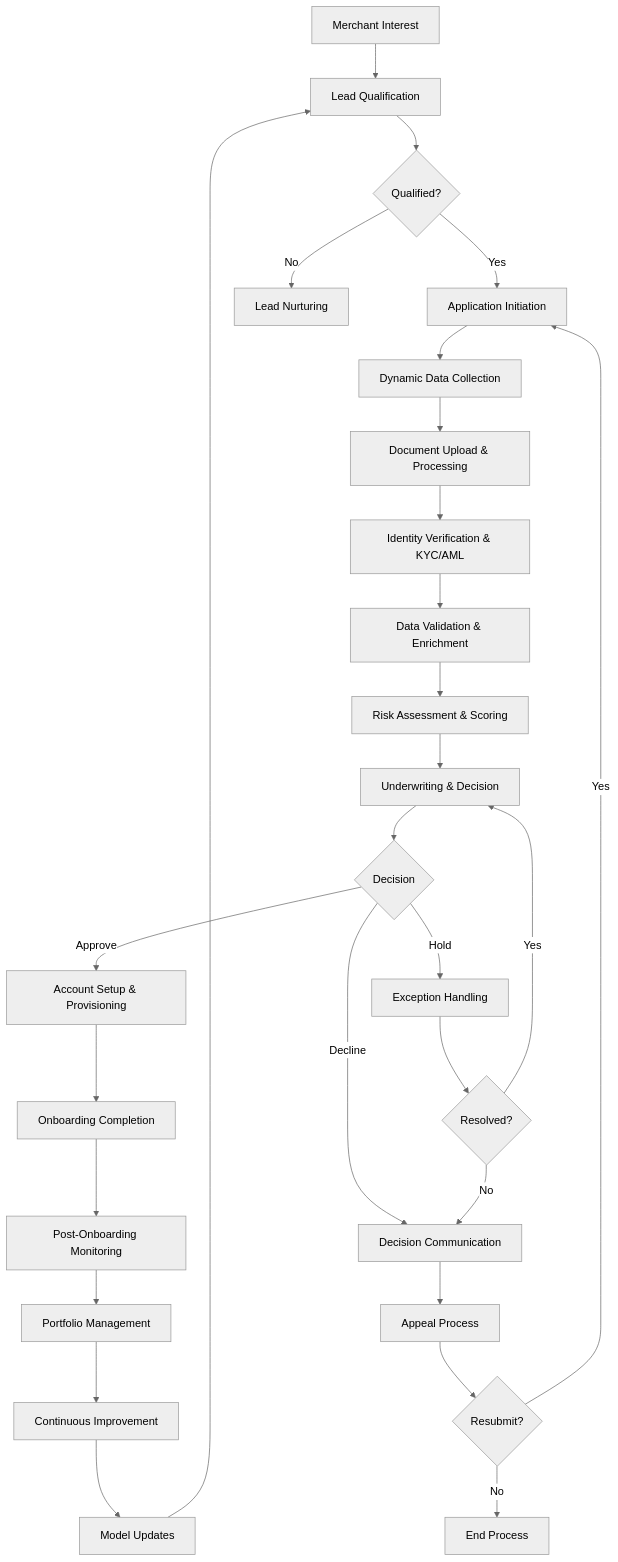
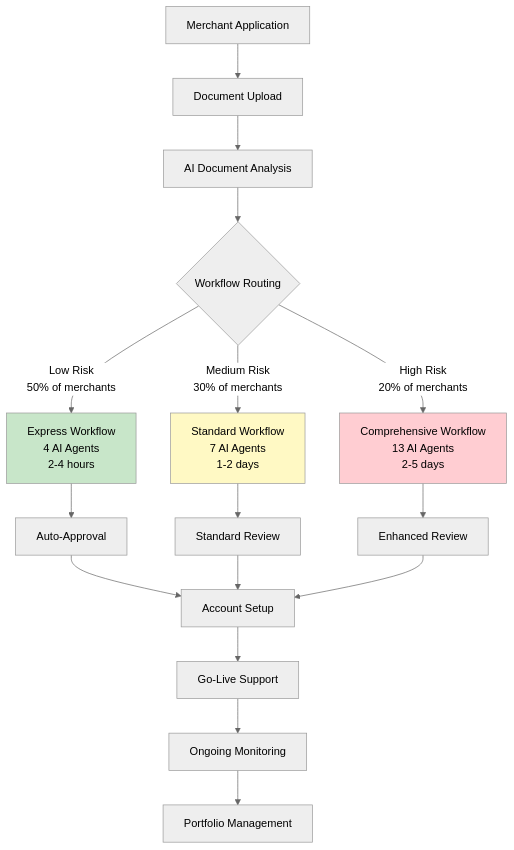
Before and after one commit to rishi154/merchant-onboarding: the first of 11 diagrams in merchant-onboarding/Merchant_Onboarding_Diagrams.md, drawn with Mermaid (neutral theme). The commit also changed other lines of this file and 8 other files, not shown here.

````diff
--- a/merchant-onboarding/Merchant_Onboarding_Diagrams.md
+++ b/merchant-onboarding/Merchant_Onboarding_Diagrams.md
@@ -5,36 +6,26 @@
 ```mermaid
 flowchart TD
-    A[Merchant Interest] --> B[Lead Qualification]
-    B --> C{Qualified?}
-    C -->|Yes| D[Application Initiation]
-    C -->|No| E[Lead Nurturing]
+    A[Merchant Application] --> B[Document Upload]
+    B --> C[AI Document Analysis]
+    C --> D{Workflow Routing}
     
-    D --> F[Dynamic Data Collection]
-    F --> G[Document Upload & Processing]
-    G --> H[Identity Verification & KYC/AML]
-    H --> I[Data Validation & Enrichment]
-    I --> J[Risk Assessment & Scoring]
-    J --> K[Underwriting & Decision]
+    D -->|Low Risk<br/>50% of merchants| E[Express Workflow<br/>4 AI Agents<br/>2-4 hours]
+    D -->|Medium Risk<br/>30% of merchants| F[Standard Workflow<br/>7 AI Agents<br/>1-2 days]
+    D -->|High Risk<br/>20% of merchants| G[Comprehensive Workflow<br/>13 AI Agents<br/>2-5 days]
     
-    K --> L{Decision}
-    L -->|Approve| M[Account Setup & Provisioning]
-    L -->|Decline| N[Decision Communication]
-    L -->|Hold| O[Exception Handling]
+    E --> H[Auto-Approval]
+    F --> I[Standard Review]
+    G --> J[Enhanced Review]
     
-    M --> P[Onboarding Completion]
-    P --> Q[Post-Onboarding Monitoring]
-    Q --> R[Portfolio Management]
+    H --> K[Account Setup]
+    I --> K
+    J --> K
     
-    O --> S{Resolved?}
-    S -->|Yes| K
-    S -->|No| N
+    K --> L[Go-Live Support]
+    L --> M[Ongoing Monitoring]
+    M --> N[Portfolio Management]
     
-    N --> T[Appeal Process]
-    T --> U{Resubmit?}
-    U -->|Yes| D
-    U -->|No| V[End Process]
-    
-    R --> W[Continuous Improvement]
-    W --> X[Model Updates]
-    X --> B
+    style E fill:#c8e6c9
+    style F fill:#fff9c4
+    style G fill:#ffcdd2
 ```
````
